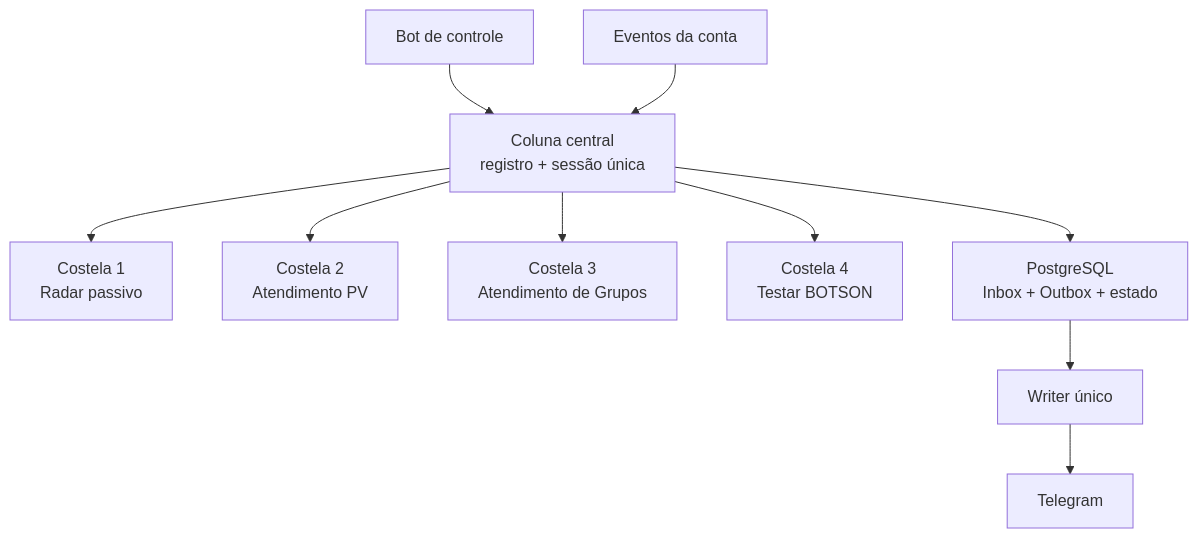
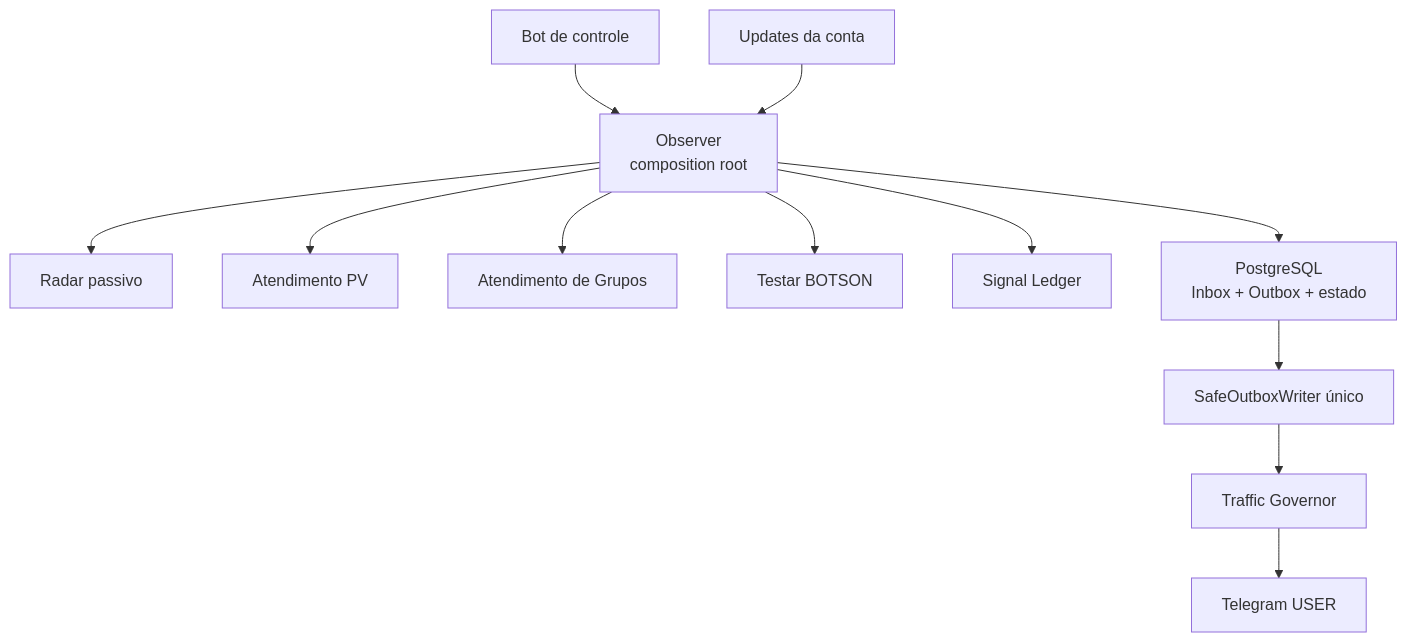
The diagram in docs/ARCHITECTURE.md (nt2digitize/gr-observer), drawn with Mermaid before and after one commit. The commit also changed other lines of this file, not shown here.

Commit message:
Refresh architecture document to canonical clean runtime

````diff
--- a/docs/ARCHITECTURE.md
+++ b/docs/ARCHITECTURE.md
@@ -5,12 +5,14 @@
 ```mermaid
 flowchart TB
-    P["Bot de controle"] --> S["Coluna central\nregistro + sessão única"]
-    U["Eventos da conta"] --> S
-    S --> R["Costela 1\nRadar passivo"]
-    S --> V["Costela 2\nAtendimento PV"]
-    S --> G["Costela 3\nAtendimento de Grupos"]
-    S --> B["Costela 4\nTestar BOTSON"]
-    S --> D["PostgreSQL\nInbox + Outbox + estado"]
-    D --> W["Writer único"]
-    W --> T["Telegram"]
+    P["Bot de controle"] --> A["Observer\ncomposition root"]
+    U["Updates da conta"] --> A
+    A --> R["Radar passivo"]
+    A --> V["Atendimento PV"]
+    A --> G["Atendimento de Grupos"]
+    A --> B["Testar BOTSON"]
+    A --> L["Signal Ledger"]
+    A --> D["PostgreSQL\nInbox + Outbox + estado"]
+    D --> W["SafeOutboxWriter único"]
+    W --> TG["Traffic Governor"]
+    TG --> T["Telegram USER"]
 ```
````
